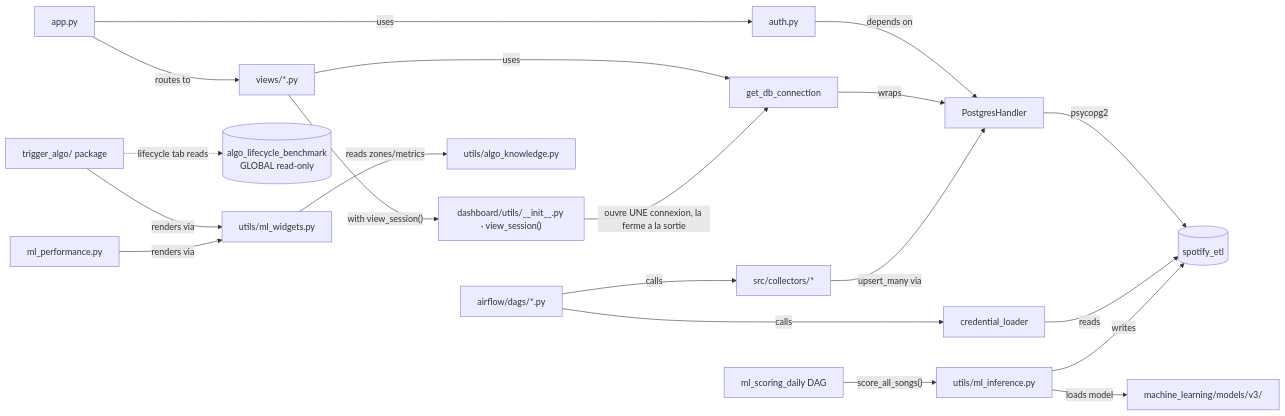
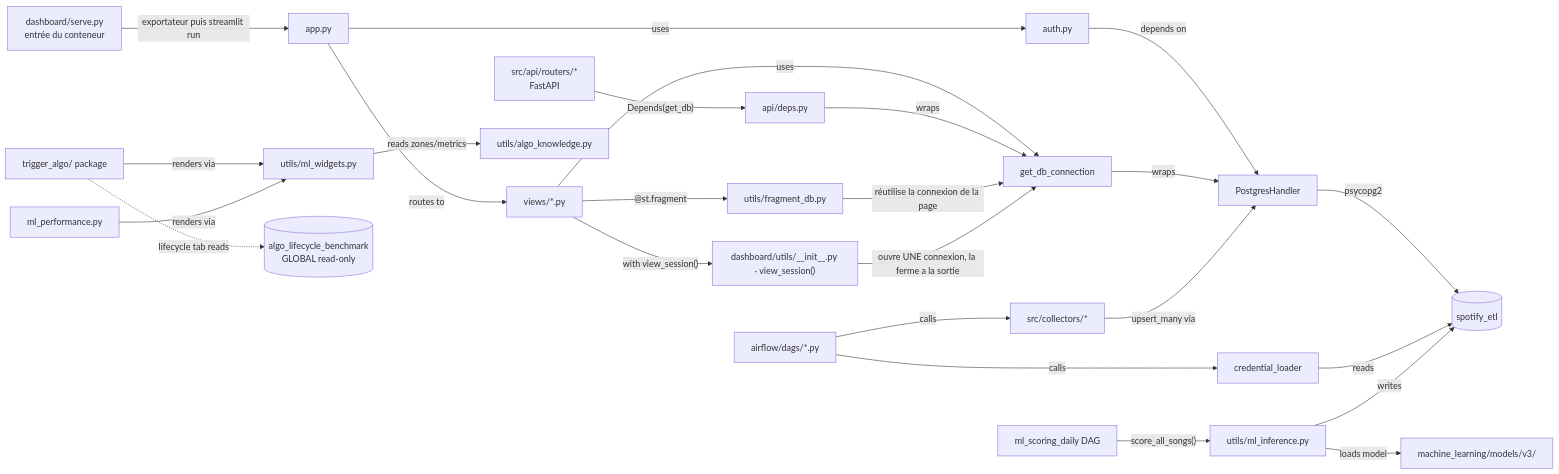
The second of 3 diagrams in .claude/dev-docs/architecture.md (1x7xxxxxxx/Dashboard_music_platform_algo_spotify), drawn with Mermaid before and after one commit.

Commit message:
architecture.md schema #2 : serve.py, l'API (deps -> get_db_connection) et fragment_db dessines ; verifie au rendu

````diff
--- a/.claude/dev-docs/architecture.md
+++ b/.claude/dev-docs/architecture.md
@@ -60,26 +60,31 @@
 ```mermaid
 graph LR
+    SERVE[dashboard/serve.py<br/>entrée du conteneur] -->|exportateur puis streamlit run| app.py
     app.py -->|routes to| V[views/]
     app.py -->|uses| auth.py
     auth.py -->|depends on| PH[PostgresHandler]
     V -->|uses| GDB[get_db_connection]
     GDB -->|wraps| PH
     PH -->|psycopg2| DB[(spotify_etl)]
+    API[src/api/routers/*<br/>FastAPI] -->|"Depends(get_db)"| DEPS[api/deps.py]
+    DEPS -->|wraps| GDB
+    V -->|"@st.fragment"| FDB[utils/fragment_db.py]
+    FDB -->|réutilise la connexion de la page| GDB
 
     DAG[airflow/dags/*.py] -->|calls| COL[src/collectors/*]
     DAG -->|calls| CL[credential_loader]
     CL -->|reads| DB
     COL -->|upsert_many via| PH
 
     INF -->|loads model| MLR[machine_learning/models/v3/]
     ML[ml_scoring_daily DAG] -->|"score_all_songs()"| INF[utils/ml_inference.py]
     INF -->|writes| DB
 
     V[views/*.py] -->|"with view_session()"| VS["dashboard/utils/__init__.py · view_session()"]
     VS -->|ouvre UNE connexion, la ferme a la sortie| GDB[get_db_connection]
 
     TA[trigger_algo/ package] -->|renders via| MW[utils/ml_widgets.py]
     MLP[ml_performance.py] -->|renders via| MW
     MW -->|reads zones/metrics| AK[utils/algo_knowledge.py]
     TA -.->|lifecycle tab reads| BENCH[(algo_lifecycle_benchmark<br/>GLOBAL read-only)]
 ```
````
